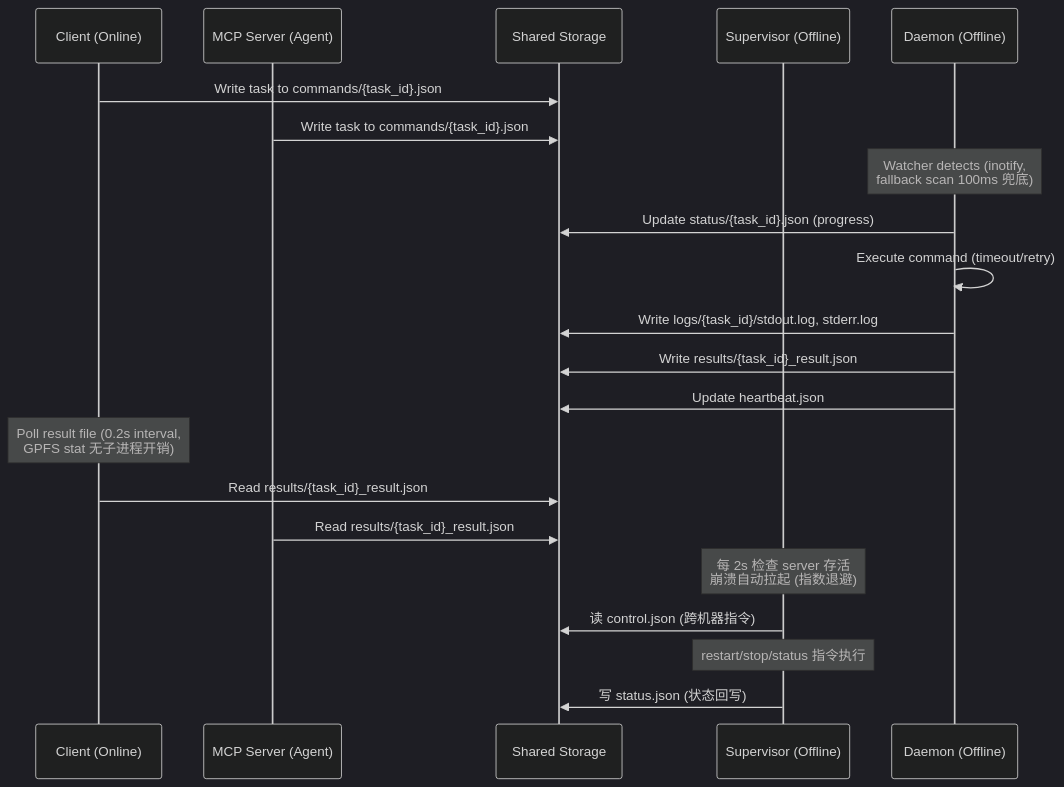
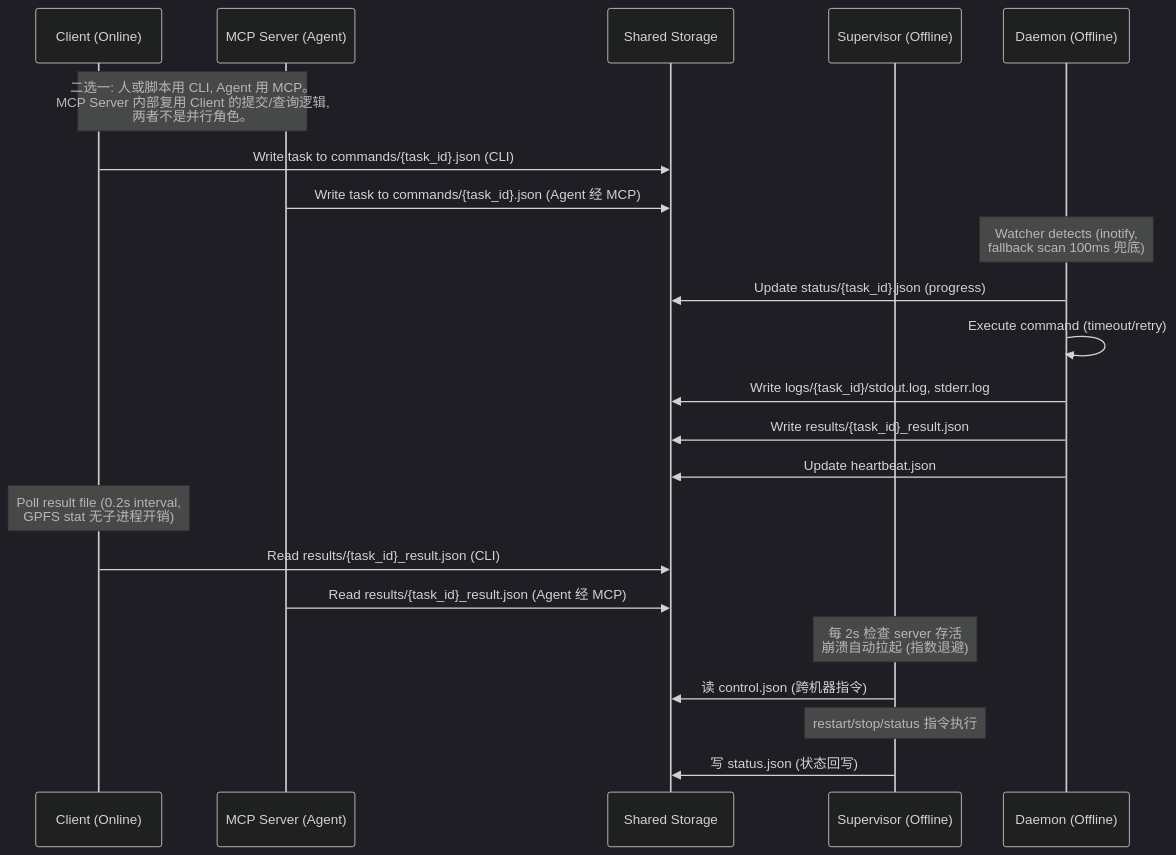
Before and after one commit to peterlau123/bifrost: the third of 3 diagrams in README.md, drawn with Mermaid (dark theme). The commit also changed other lines of this file, not shown here.

Commit message:
docs: 澄清 Client 与 MCP Server 关系 (二选一, 非并行角色)

````diff
--- a/README.md
+++ b/README.md
@@ -176,24 +176,25 @@
 ```mermaid
 sequenceDiagram
     participant C as Client (Online)
     participant M as MCP Server (Agent)
     participant S as Shared Storage
     participant V as Supervisor (Offline)
     participant D as Daemon (Offline)
     
-    C->>S: Write task to commands/{task_id}.json
-    M->>S: Write task to commands/{task_id}.json
+    Note over C,M: 二选一: 人或脚本用 CLI, Agent 用 MCP。<br/>MCP Server 内部复用 Client 的提交/查询逻辑,<br/>两者不是并行角色。
+    C->>S: Write task to commands/{task_id}.json (CLI)
+    M->>S: Write task to commands/{task_id}.json (Agent 经 MCP)
     Note over D: Watcher detects (inotify,<br/>fallback scan 100ms 兜底)
     D->>S: Update status/{task_id}.json (progress)
     D->>D: Execute command (timeout/retry)
     D->>S: Write logs/{task_id}/stdout.log, stderr.log
     D->>S: Write results/{task_id}_result.json
     D->>S: Update heartbeat.json
     Note over C: Poll result file (0.2s interval,<br/>GPFS stat 无子进程开销)
-    C->>S: Read results/{task_id}_result.json
-    M->>S: Read results/{task_id}_result.json
+    C->>S: Read results/{task_id}_result.json (CLI)
+    M->>S: Read results/{task_id}_result.json (Agent 经 MCP)
     Note over V: 每 2s 检查 server 存活<br/>崩溃自动拉起 (指数退避)
     V->>S: 读 control.json (跨机器指令)
     Note over V: restart/stop/status 指令执行
     V->>S: 写 status.json (状态回写)
 ```
````
